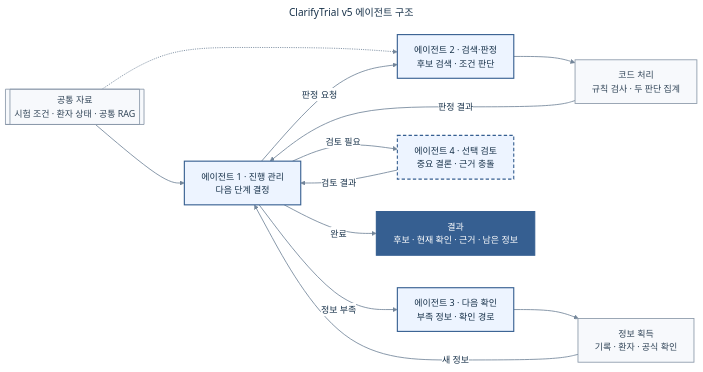
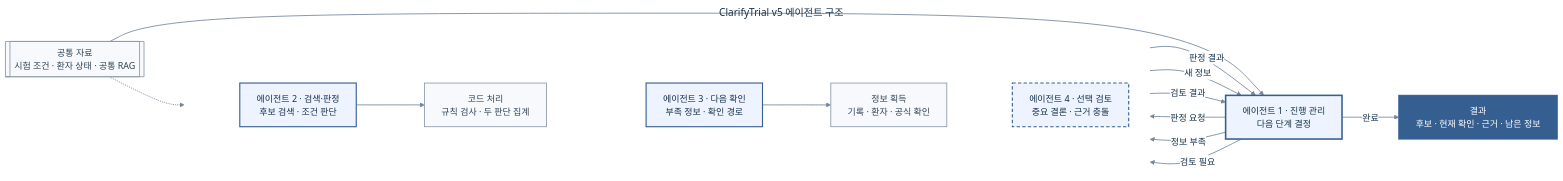
One commit to health-agent/Clarifytrial changed the diagram in docs/internal/diagrams/clarifytrial-performance-agent-architecture.mmd. Above: the diagram before and after it, drawn with Mermaid. The commit also changed 1 other file, not shown here.

Commit message:
Polish ClarifyTrial agent workflow diagram

```diff
--- a/docs/internal/diagrams/clarifytrial-performance-agent-architecture.mmd
+++ b/docs/internal/diagrams/clarifytrial-performance-agent-architecture.mmd
@@ -1,49 +1,65 @@
 ---
 title: ClarifyTrial v5 에이전트 구조
 config:
   theme: base
   flowchart:
     curve: basis
-    nodeSpacing: 58
+    nodeSpacing: 56
     rankSpacing: 72
-    wrappingWidth: 280
+    wrappingWidth: 260
   themeVariables:
     background: '#ffffff'
     primaryTextColor: '#18324a'
     lineColor: '#73869a'
     edgeLabelBackground: '#ffffff'
     fontFamily: 'Pretendard, Noto Sans KR, Malgun Gothic, sans-serif'
 ---
 flowchart LR
     S[["공통 자료<br/>시험 조건 · 환자 상태 · 공통 RAG"]]
     A1["에이전트 1 · 진행 관리<br/>다음 단계 결정"]
-    A2["에이전트 2 · 검색·판정<br/>후보 검색 · 조건 판단"]
-    C["코드 처리<br/>규칙 검사 · 두 판단 집계"]
-    A3["에이전트 3 · 다음 확인<br/>부족 정보 · 확인 경로"]
-    E["정보 획득<br/>기록 · 환자 · 공식 확인"]
-    A4["에이전트 4 · 선택 검토<br/>중요 결론 · 근거 충돌"]
+
+    subgraph W[" "]
+        direction TB
+        subgraph W3[" "]
+            direction LR
+            A3["에이전트 3 · 다음 확인<br/>부족 정보 · 확인 경로"]
+            E["정보 획득<br/>기록 · 환자 · 공식 확인"]
+            A3 --> E
+        end
+        A4["에이전트 4 · 선택 검토<br/>중요 결론 · 근거 충돌"]
+        subgraph W2[" "]
+            direction LR
+            A2["에이전트 2 · 검색·판정<br/>후보 검색 · 조건 판단"]
+            C["코드 처리<br/>규칙 검사 · 두 판단 집계"]
+            A2 --> C
+        end
+    end
+
     O["결과<br/>후보 · 현재 확인 · 근거 · 남은 정보"]
 
     S --> A1
     S -.-> A2
     A1 -->|판정 요청| A2
-    A2 --> C
     C -->|판정 결과| A1
     A1 -->|정보 부족| A3
-    A3 --> E
     E -->|새 정보| A1
     A1 -->|검토 필요| A4
     A4 -->|검토 결과| A1
     A1 -->|완료| O
 
+    classDef lead fill:#edf4ff,stroke:#365f91,stroke-width:2.8px,color:#18324a;
     classDef agent fill:#edf4ff,stroke:#365f91,stroke-width:2px,color:#18324a;
     classDef optional fill:#edf4ff,stroke:#365f91,stroke-width:2px,stroke-dasharray:6 4,color:#18324a;
     classDef shared fill:#f7f9fc,stroke:#8a98a8,stroke-width:1.5px,color:#304457;
     classDef output fill:#365f91,stroke:#365f91,stroke-width:2px,color:#ffffff;
 
-    class A1,A2,A3 agent;
+    class A1 lead;
+    class A2,A3 agent;
     class A4 optional;
     class S,C,E shared;
     class O output;
+    style W fill:none,stroke:none;
+    style W2 fill:none,stroke:none;
+    style W3 fill:none,stroke:none;
 
     linkStyle default stroke:#73869a,stroke-width:1.5px;
```
